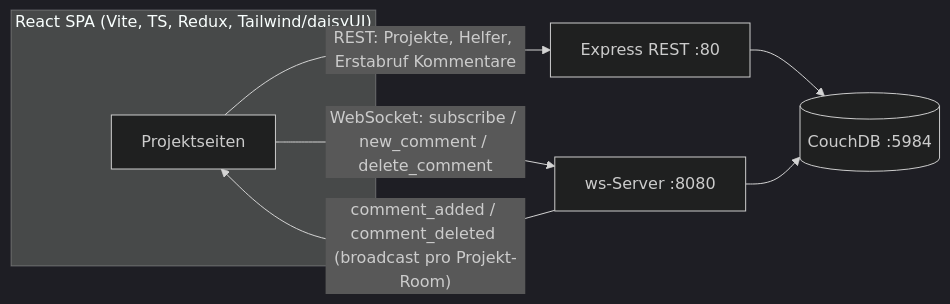
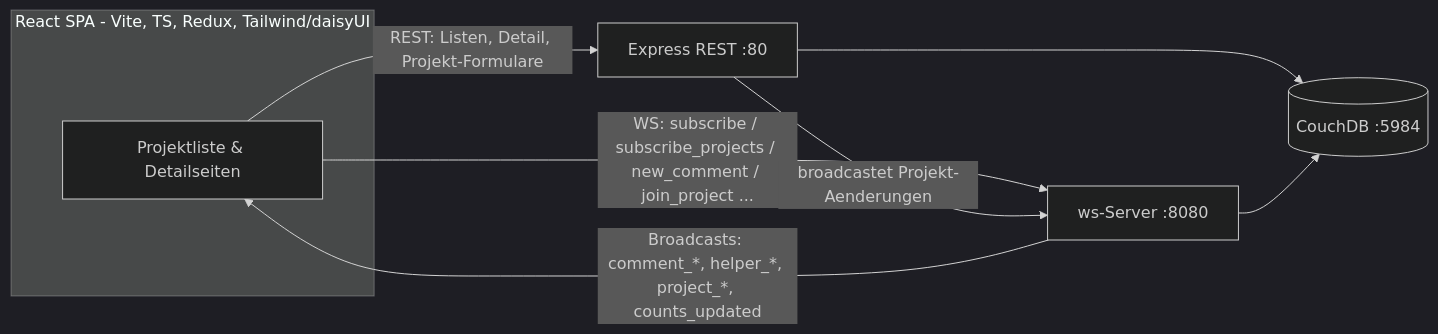
The diagram in Gallery.md (husaammaster/work-together), drawn with Mermaid (dark theme) before and after one commit. The commit also changed other lines of this file and 2 other files, not shown here.

````diff
--- a/Gallery.md
+++ b/Gallery.md
@@ -62,11 +80,12 @@
 ```mermaid
 flowchart LR
-  subgraph Browser["React SPA (Vite, TS, Redux, Tailwind/daisyUI)"]
-    UI[Projektseiten]
+  subgraph Browser["React SPA - Vite, TS, Redux, Tailwind/daisyUI"]
+    UI[Projektliste & Detailseiten]
   end
-  UI -- "REST: Projekte, Helfer, Erstabruf Kommentare" --> API[Express REST :80]
-  UI -- "WebSocket: subscribe / new_comment / delete_comment" --> WS[ws-Server :8080]
-  WS -- "comment_added / comment_deleted (broadcast pro Projekt-Room)" --> UI
-  API --> DB[(CouchDB :5984)]
+  UI -- "REST: Listen, Detail, Projekt-Formulare" --> API["Express REST :80"]
+  UI -- "WS: subscribe / subscribe_projects / new_comment / join_project ..." --> WS["ws-Server :8080"]
+  WS -- "Broadcasts: comment_*, helper_*, project_*, counts_updated" --> UI
+  API -- "broadcastet Projekt-Aenderungen" --> WS
+  API --> DB[("CouchDB :5984")]
   WS --> DB
 ```
````
